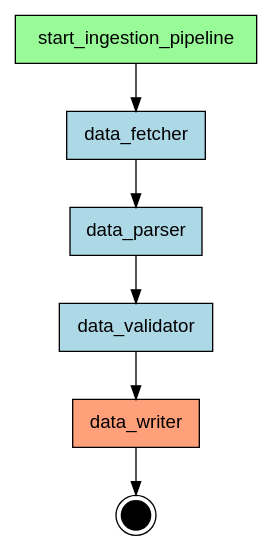
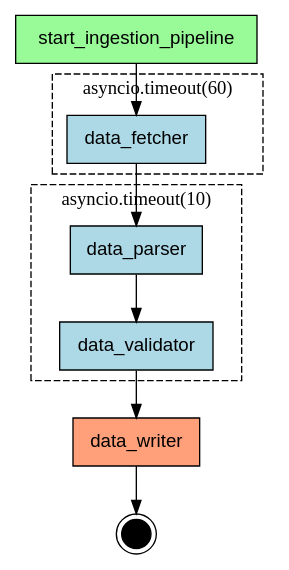
The diagram in examples/flows/compiled/with_nested_timeout_scopes/flow.dot (deliveryhero/asya), drawn with Graphviz before and after one commit. The commit also changed 10 other files, not shown here.

First line of the commit message:
feat(compiler): render context manager scopes as dashed subgraphs in flow diagrams

```diff
--- a/examples/flows/compiled/with_nested_timeout_scopes/flow.dot
+++ b/examples/flows/compiled/with_nested_timeout_scopes/flow.dot
@@ -1,20 +1,33 @@
 digraph "ingestion_pipeline" {
     rankdir=TB;
     node [shape=box, style=filled, fontname="Helvetica"];
 
     { rank=source; start_ingestion_pipeline; }
 
     data_fetcher [label="data_fetcher", fillcolor=lightblue];
     data_parser [label="data_parser", fillcolor=lightblue];
     data_validator [label="data_validator", fillcolor=lightblue];
     data_writer [label="data_writer", fillcolor=lightsalmon];
     start_ingestion_pipeline [label="start_ingestion_pipeline", fillcolor=palegreen];
 
     __end__ [label="", shape=doublecircle, fillcolor=black, width=0.3, fixedsize=true];
 
     start_ingestion_pipeline -> data_fetcher;
     data_fetcher -> data_parser;
     data_parser -> data_validator;
     data_validator -> data_writer;
     data_writer -> __end__;
+    subgraph cluster_asyncio_timeout_10_ {
+        label="asyncio.timeout(10)";
+        style=dashed;
+        data_parser;
+        data_validator;
+    }
+    subgraph cluster_asyncio_timeout_60_ {
+        label="asyncio.timeout(60)";
+        style=dashed;
+        data_fetcher;
+        data_parser;
+        data_validator;
+    }
 }
```
